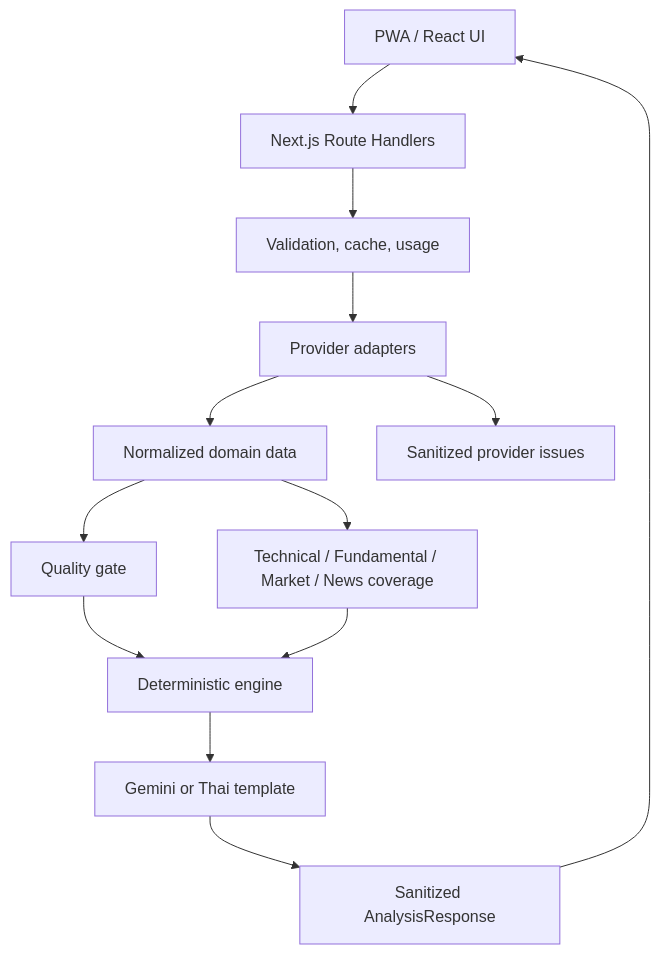
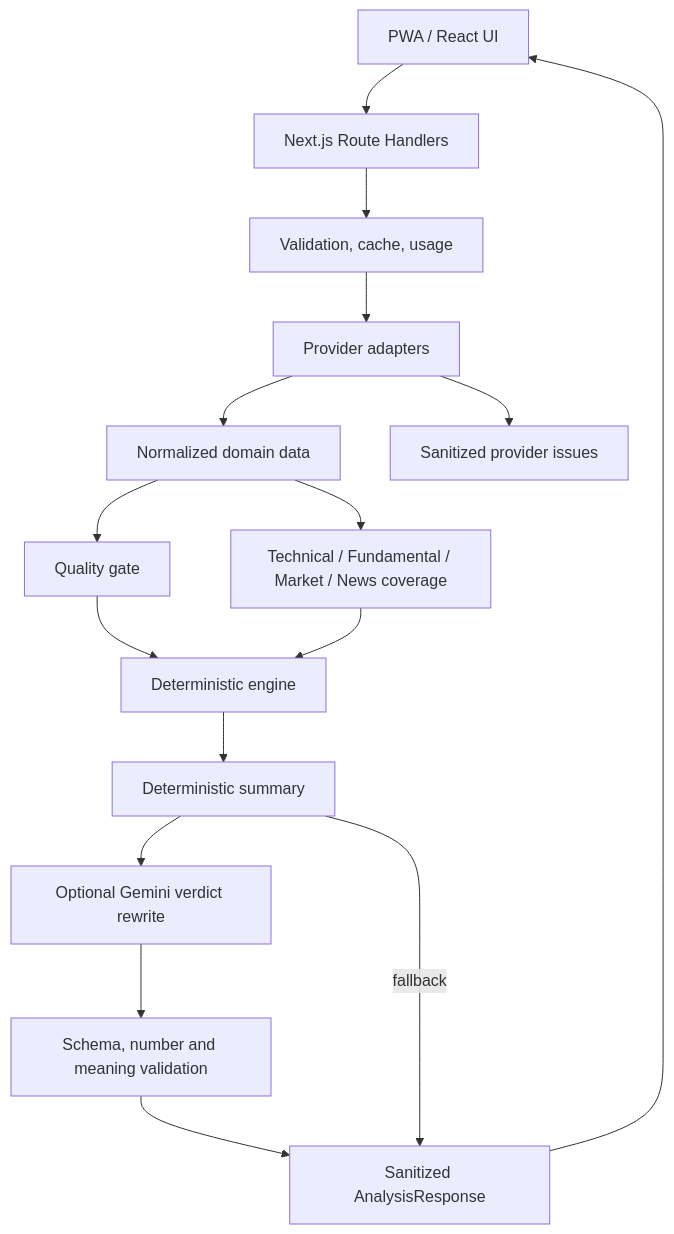
Before and after one commit to netiphong869/MarketLens: the first of 2 diagrams in ARCHITECTURE.md, drawn with Mermaid. The commit also changed other lines of this file and 23 other files, not shown here.

Commit message:
feat: add deterministic analysis summary

````diff
--- a/ARCHITECTURE.md
+++ b/ARCHITECTURE.md
@@ -3,15 +3,18 @@
 ```mermaid
 flowchart TD
   PWA["PWA / React UI"] --> ROUTE["Next.js Route Handlers"]
   ROUTE --> GUARD["Validation, cache, usage"]
   GUARD --> ADAPTERS["Provider adapters"]
   ADAPTERS --> NORMAL["Normalized domain data"]
   ADAPTERS --> ISSUES["Sanitized provider issues"]
   NORMAL --> Q["Quality gate"]
   NORMAL --> COVERAGE["Technical / Fundamental / Market / News coverage"]
   Q --> ENGINE["Deterministic engine"]
   COVERAGE --> ENGINE
-  ENGINE --> TEXT["Gemini or Thai template"]
-  TEXT --> SAFE["Sanitized AnalysisResponse"]
+  ENGINE --> SUMMARY["Deterministic summary"]
+  SUMMARY --> TEXT["Optional Gemini verdict rewrite"]
+  TEXT --> VALIDATE["Schema, number and meaning validation"]
+  VALIDATE --> SAFE["Sanitized AnalysisResponse"]
+  SUMMARY -->|"fallback"| SAFE
   SAFE --> PWA
 ```
````
